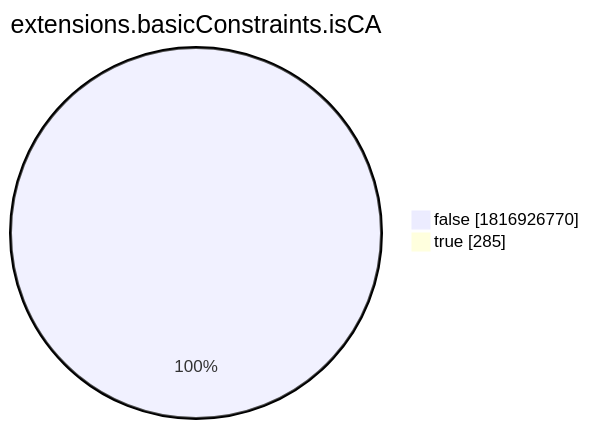
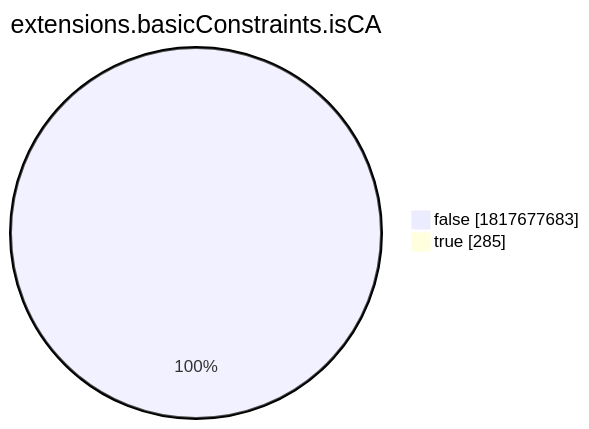
One commit to christiankrug/ctmonitor_visualization changed the eighth of 15 diagrams in xenon2022/README.md. Above: the diagram before and after it, drawn with Mermaid. The commit also changed other lines of this file, not shown here.

````diff
--- a/xenon2022/README.md
+++ b/xenon2022/README.md
@@ -2868,6 +2868,6 @@
 ```mermaid
 pie showData
 title extensions.basicConstraints.isCA
-"false" :1816926770
+"false" :1817677683
 "true" :285
 ```
````
